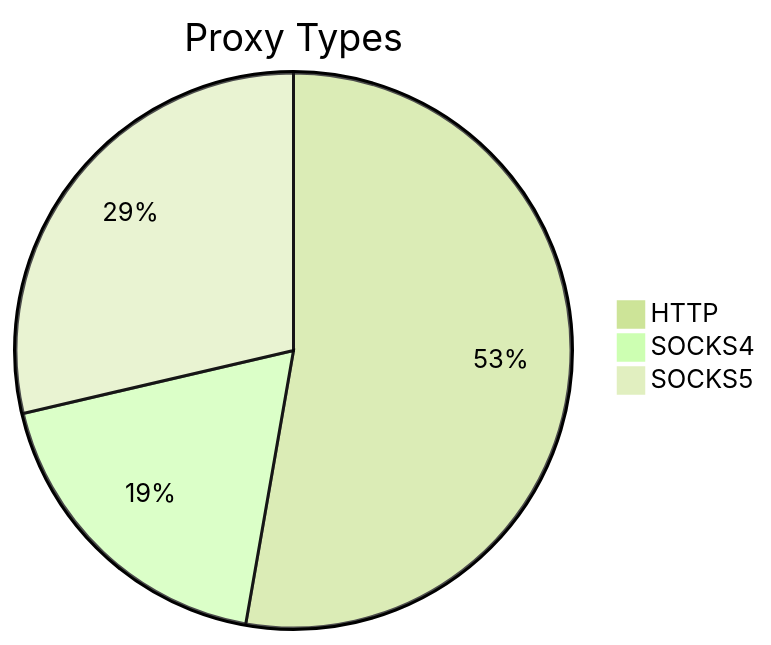
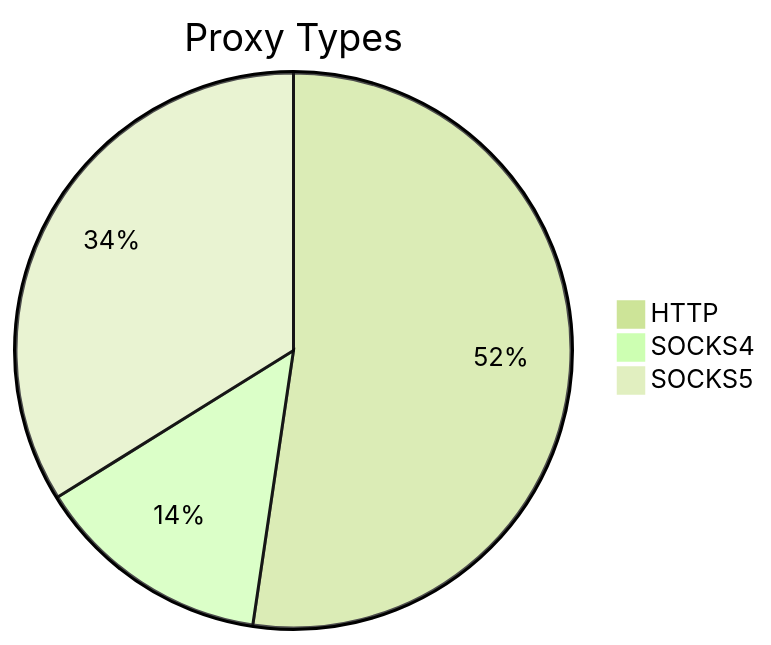
Before and after one commit to stormsia/proxy-list: the first of 2 diagrams in README.md, drawn with Mermaid (forest theme). The commit also changed other lines of this file, not shown here.

````diff
--- a/README.md
+++ b/README.md
@@ -21,6 +21,6 @@
 ```mermaid
 pie title Proxy Types
-    "HTTP" : 326
-    "SOCKS4" : 115
-    "SOCKS5" : 177
+    "HTTP" : 201
+    "SOCKS4" : 53
+    "SOCKS5" : 130
 ```
````
